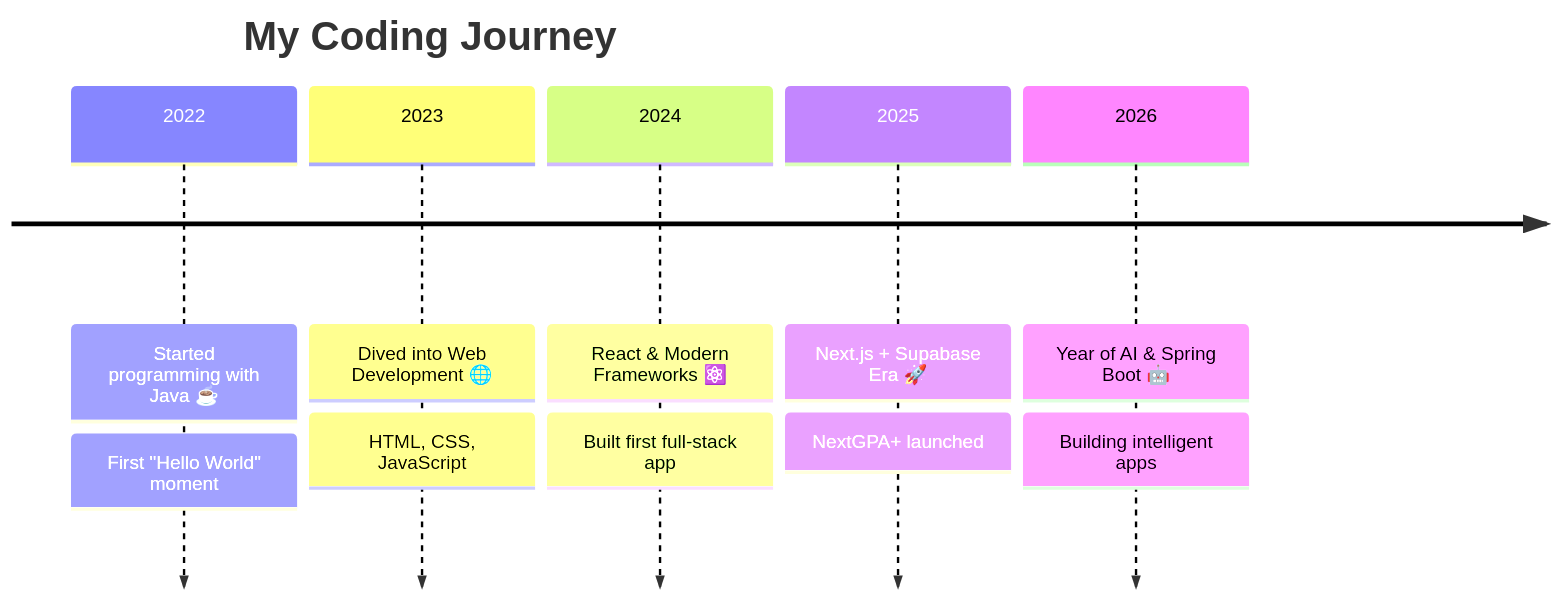
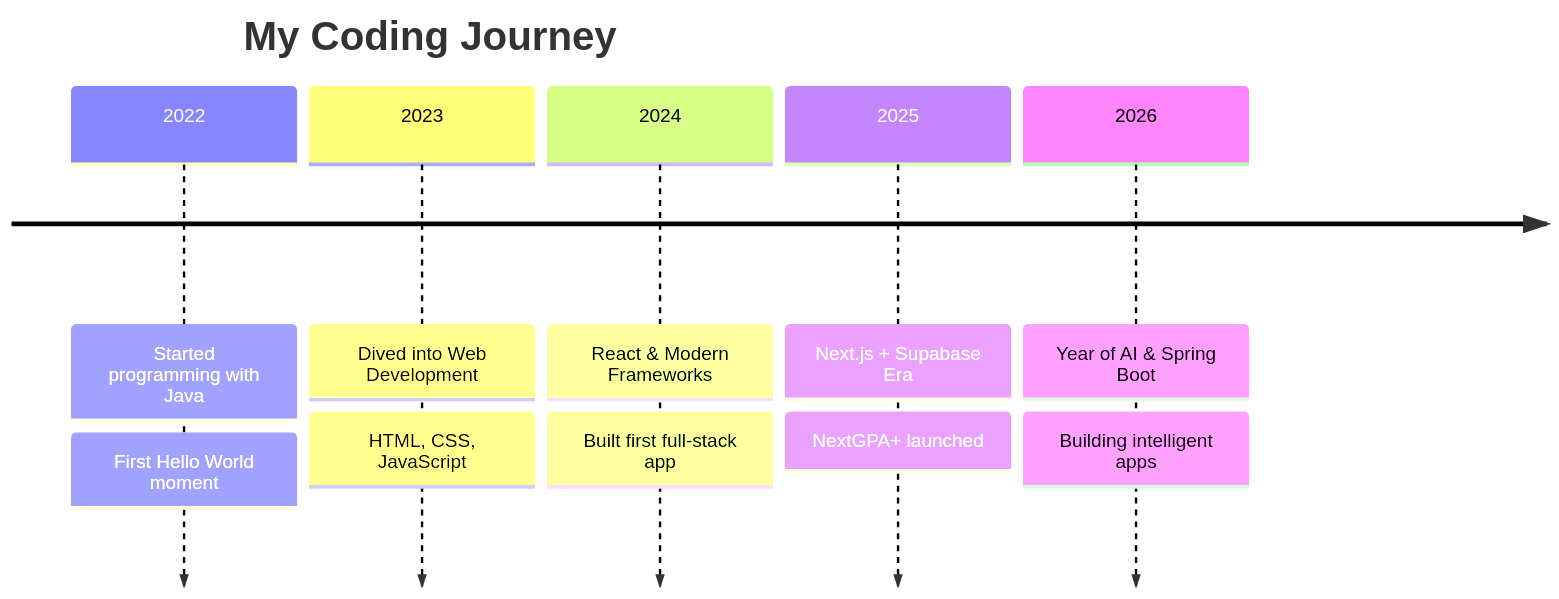
Before and after one commit to divejikan-yuvarajah/divejikan-yuvarajah: the diagram in README.md, drawn with Mermaid. The commit also changed other lines of this file, not shown here.

````diff
--- a/README.md
+++ b/README.md
@@ -326,14 +337,14 @@
 ```mermaid
 timeline
     title My Coding Journey
-    2022 : Started programming with Java ☕
-         : First "Hello World" moment
-    2023 : Dived into Web Development 🌐
+    2022 : Started programming with Java
+         : First Hello World moment
+    2023 : Dived into Web Development
          : HTML, CSS, JavaScript
-    2024 : React & Modern Frameworks ⚛️
+    2024 : React & Modern Frameworks
          : Built first full-stack app
-    2025 : Next.js + Supabase Era 🚀
+    2025 : Next.js + Supabase Era
          : NextGPA+ launched
-    2026 : Year of AI & Spring Boot 🤖
+    2026 : Year of AI & Spring Boot
          : Building intelligent apps
 ```
````
